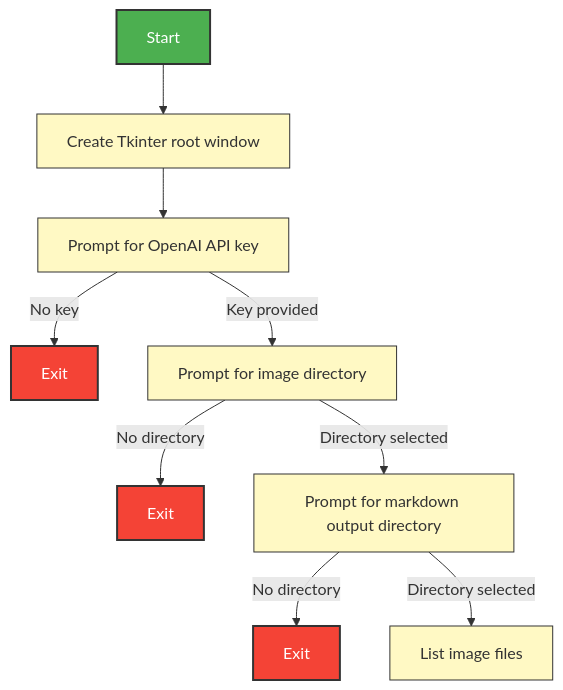
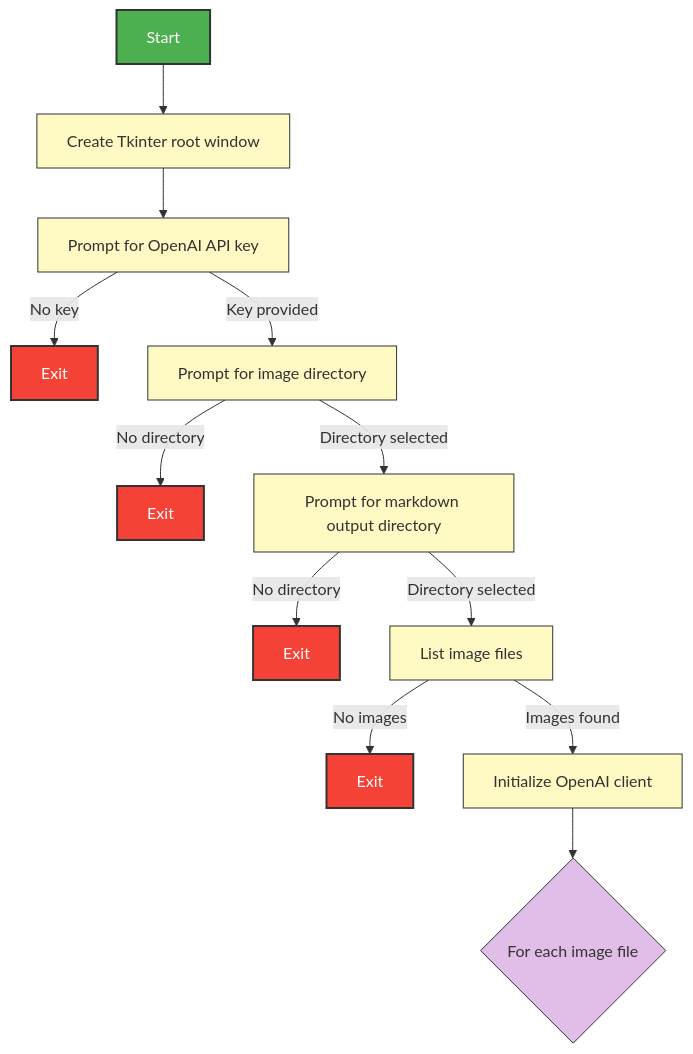
The second of 3 diagrams in main.md (sclebow/PDF-Markdown-AI), drawn with Mermaid before and after one commit.

````diff
--- a/main.md
+++ b/main.md
@@ -79,22 +79,29 @@
 ```mermaid
 flowchart TD
     %% Nodes
     A[Start]:::start --> B[Create Tkinter root window]:::step
     B --> C[Prompt for OpenAI API key]:::step
     C -->|No key| Z1[Exit]:::exit
     C -->|Key provided| D[Prompt for image directory]:::step
     D -->|No directory| Z2[Exit]:::exit
     D -->|Directory selected| E[Prompt for markdown output directory]:::step
     E -->|No directory| Z3[Exit]:::exit
     E -->|Directory selected| F[List image files]:::step
+    F -->|No images| Z4[Exit]:::exit
+    F -->|Images found| G[Initialize OpenAI client]:::step
+    G --> H{For each image file}:::loop
 
     %% Styles
     classDef start fill:#4CAF50,stroke:#333,stroke-width:2px,color:#fff;
     classDef en fill:#2196F3,stroke:#333,stroke-width:2px,color:#fff;
     classDef exit fill:#F44336,stroke:#333,stroke-width:2px,color:#fff;
     classDef step fill:#FFF9C4,stroke:#333,stroke-width:1px;
+    classDef skip fill:#BDBDBD,stroke:#333,stroke-width:1px;
+    classDef loop fill:#E1BEE7,stroke:#333,stroke-width:1px;
 
     class A start;
     class R en;
-    class Z1,Z2,Z3 exit;
+    class Z1,Z2,Z3,Z4 exit;
+    class I skip;
+    class H,O loop;
 ```
````
